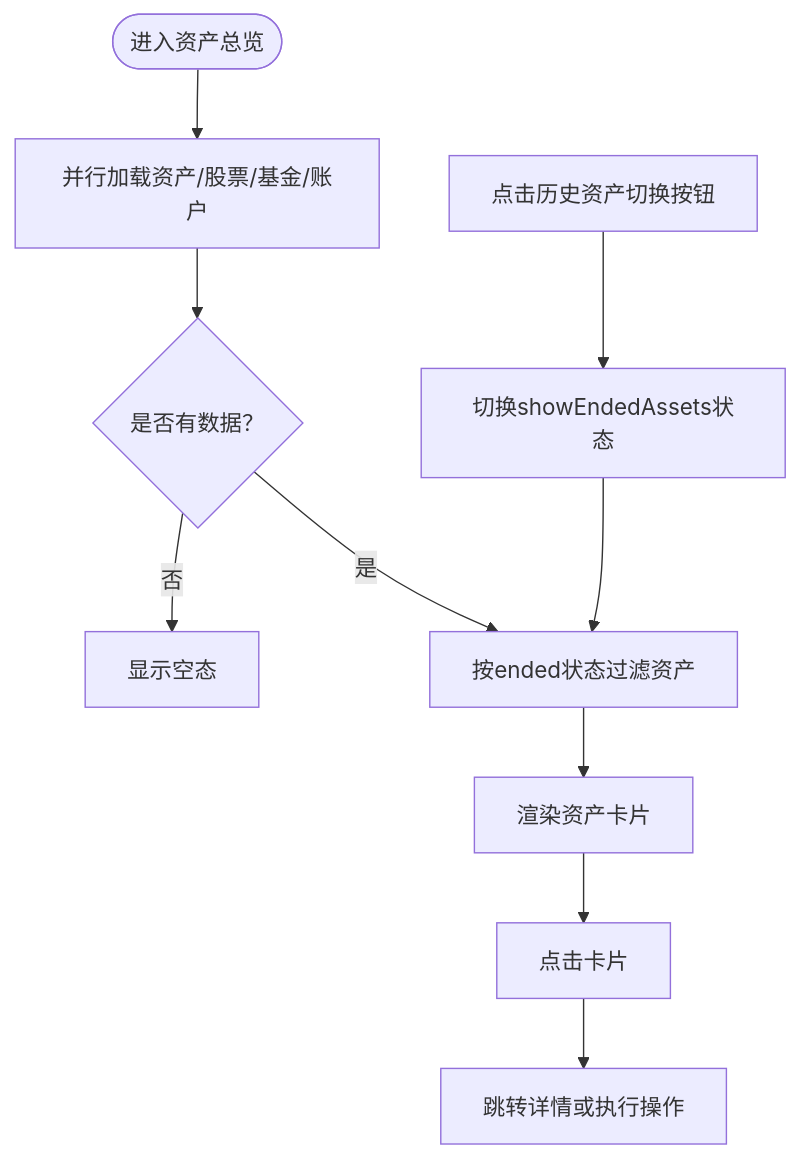
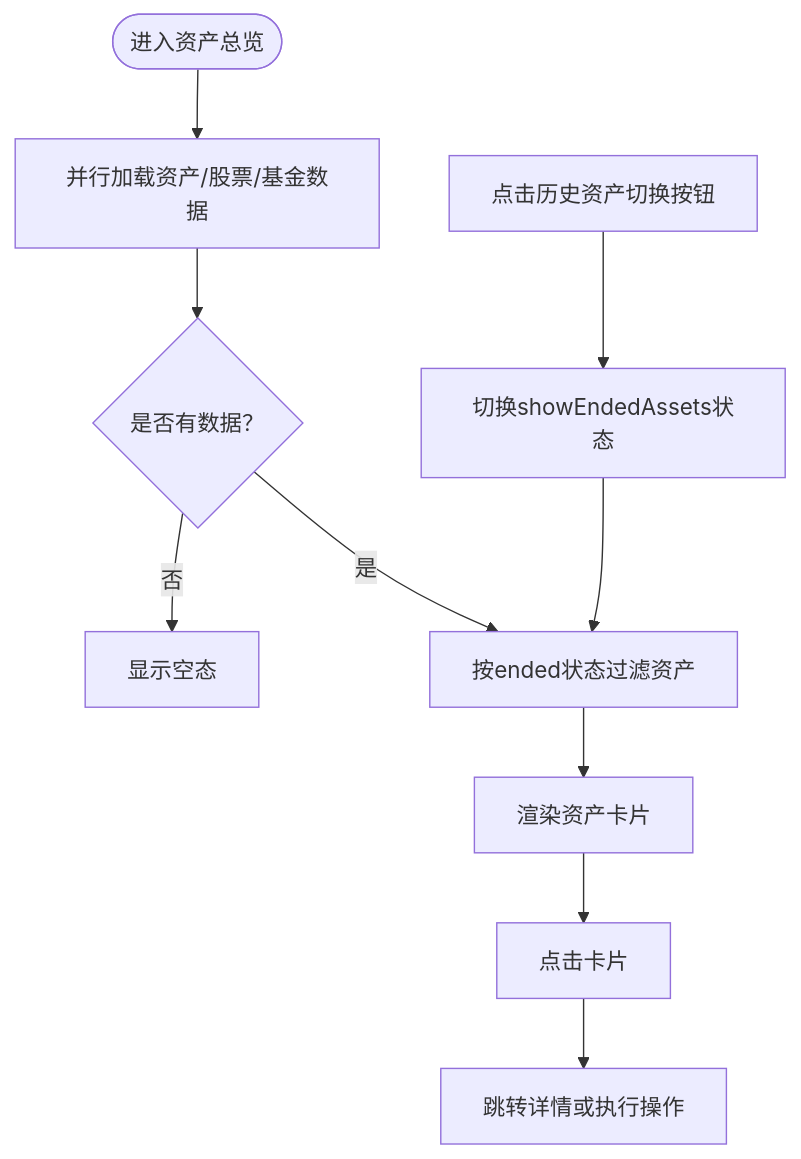
The third of 10 diagrams in .qoder/repowiki/zh/content/资产管理/资产管理.md (xiao-lin-unit/yuan), drawn with Mermaid before and after one commit. The commit also changed other lines of this file and 21 other files, not shown here.

````diff
--- a/.qoder/repowiki/zh/content/资产管理/资产管理.md
+++ b/.qoder/repowiki/zh/content/资产管理/资产管理.md
@@ -133,12 +193,12 @@
 ```mermaid
 flowchart TD
-Start(["进入资产总览"]) --> Load["并行加载资产/股票/基金/账户"]
+Start(["进入资产总览"]) --> Load["并行加载资产/股票/基金数据"]
 Load --> HasData{"是否有数据？"}
 HasData -- 否 --> Empty["显示空态"]
 HasData -- 是 --> Filter["按ended状态过滤资产"]
 Filter --> RenderCards["渲染资产卡片"]
 RenderCards --> Click["点击卡片"]
 Click --> Detail["跳转详情或执行操作"]
 Toggle["点击历史资产切换按钮"] --> ToggleState["切换showEndedAssets状态"]
 ToggleState --> Filter
 ```
````
